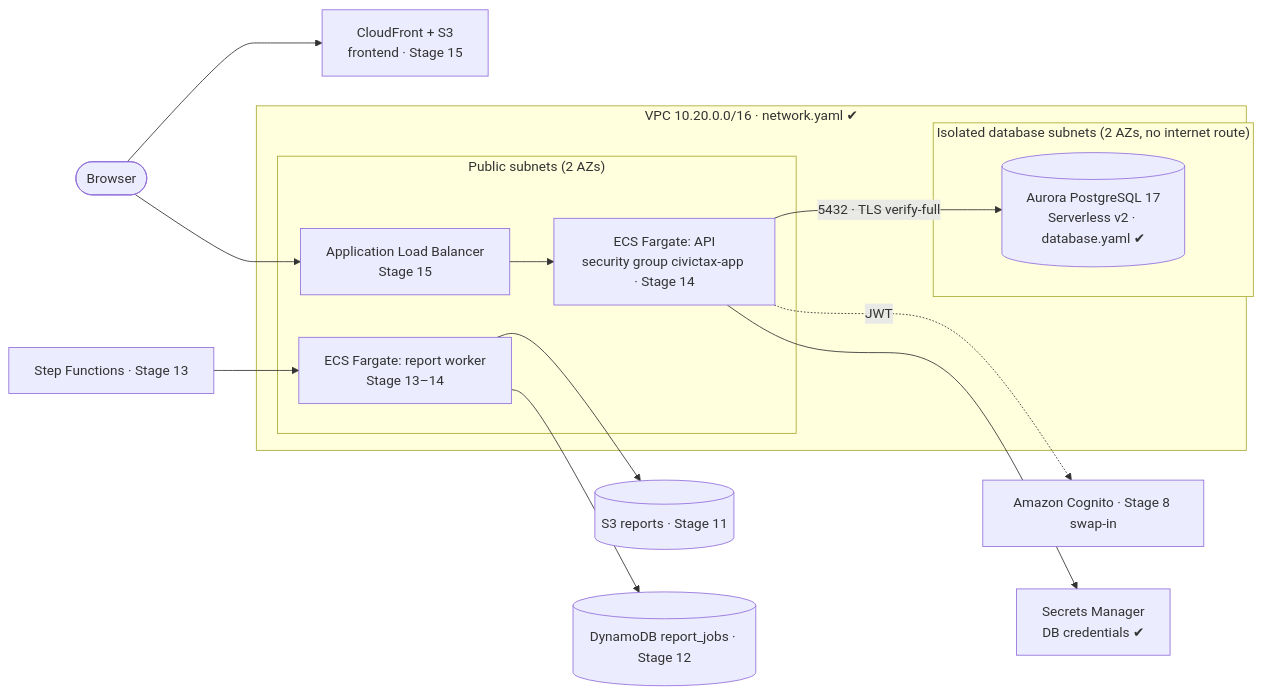
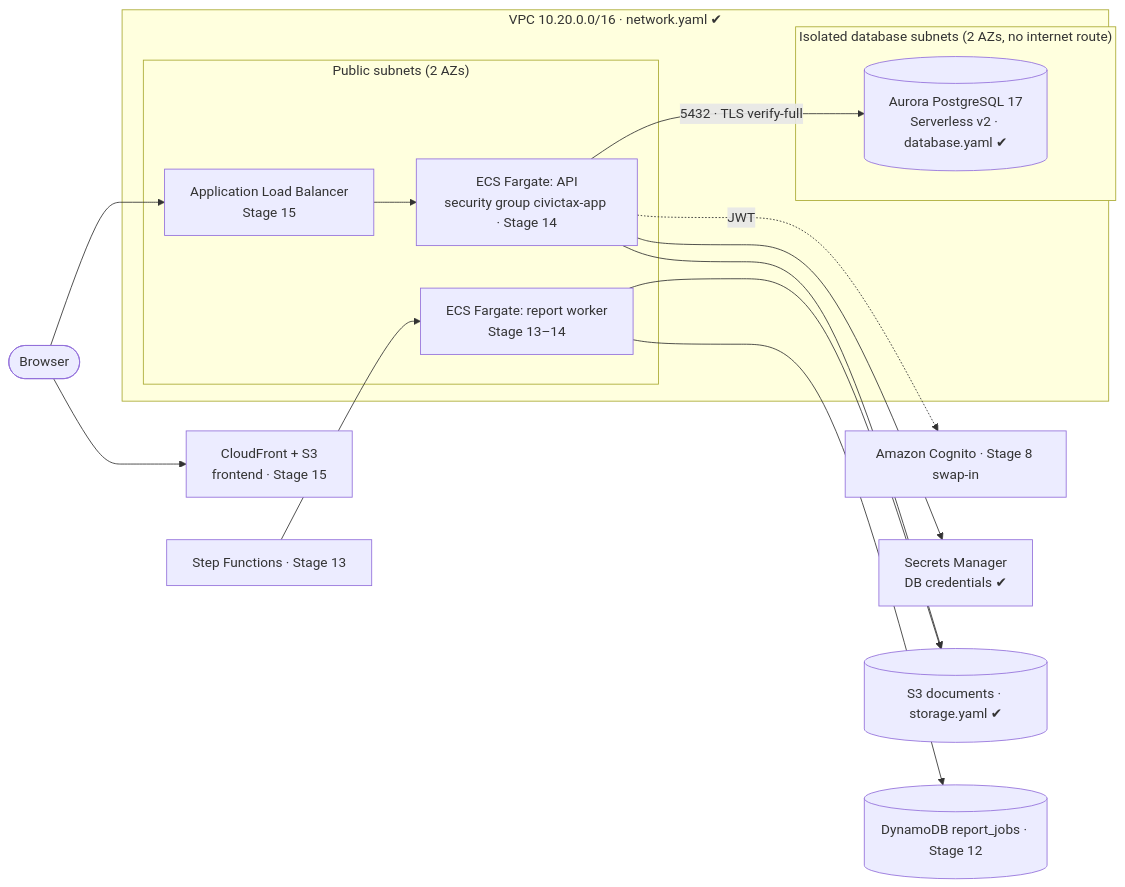
Before and after one commit to BhargavRaseshPatel/Tax-Management-System: the diagram in docs/aws-architecture.md, drawn with Mermaid. The commit also changed other lines of this file and 29 other files, not shown here.

````diff
--- a/docs/aws-architecture.md
+++ b/docs/aws-architecture.md
@@ -6,20 +6,21 @@
 ```mermaid
 flowchart LR
   user([Browser]) --> cf[CloudFront + S3<br/>frontend · Stage 15]
   user --> alb[Application Load Balancer<br/>Stage 15]
   subgraph VPC["VPC 10.20.0.0/16 · network.yaml ✔"]
     subgraph public["Public subnets (2 AZs)"]
       alb --> api[ECS Fargate: API<br/>security group civictax-app · Stage 14]
       worker[ECS Fargate: report worker<br/>Stage 13–14]
     end
     subgraph isolated["Isolated database subnets (2 AZs, no internet route)"]
       aurora[(Aurora PostgreSQL 17<br/>Serverless v2 · database.yaml ✔)]
     end
     api -- "5432 · TLS verify-full" --> aurora
   end
   api -. JWT .-> cognito[Amazon Cognito · Stage 8 swap-in]
   api --> sm[Secrets Manager<br/>DB credentials ✔]
-  worker --> s3[(S3 reports · Stage 11)]
+  api --> s3[(S3 documents · storage.yaml ✔)]
+  worker --> s3
   worker --> ddb[(DynamoDB report_jobs · Stage 12)]
   sfn[Step Functions · Stage 13] --> worker
 ```
````
